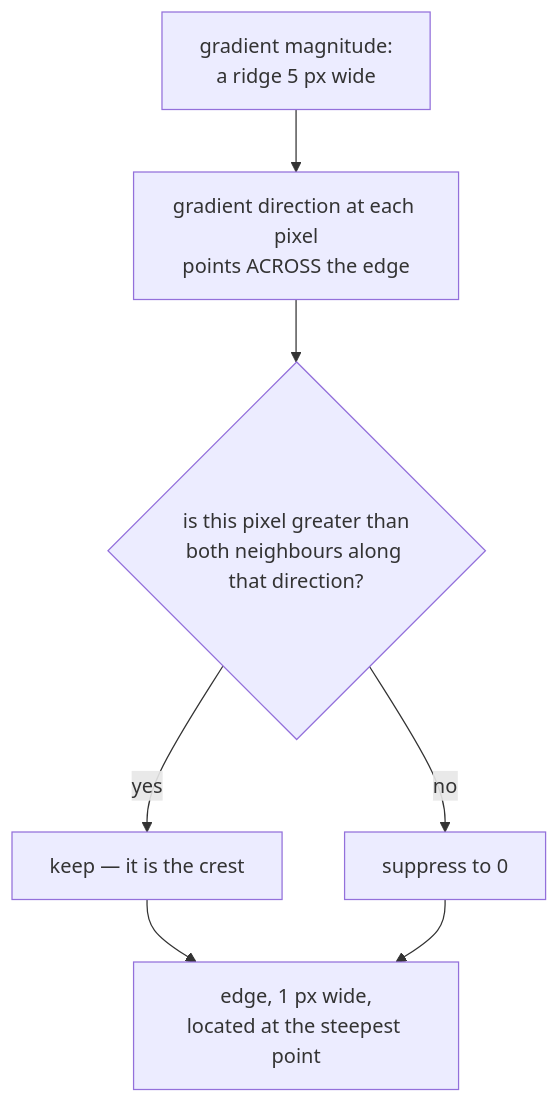
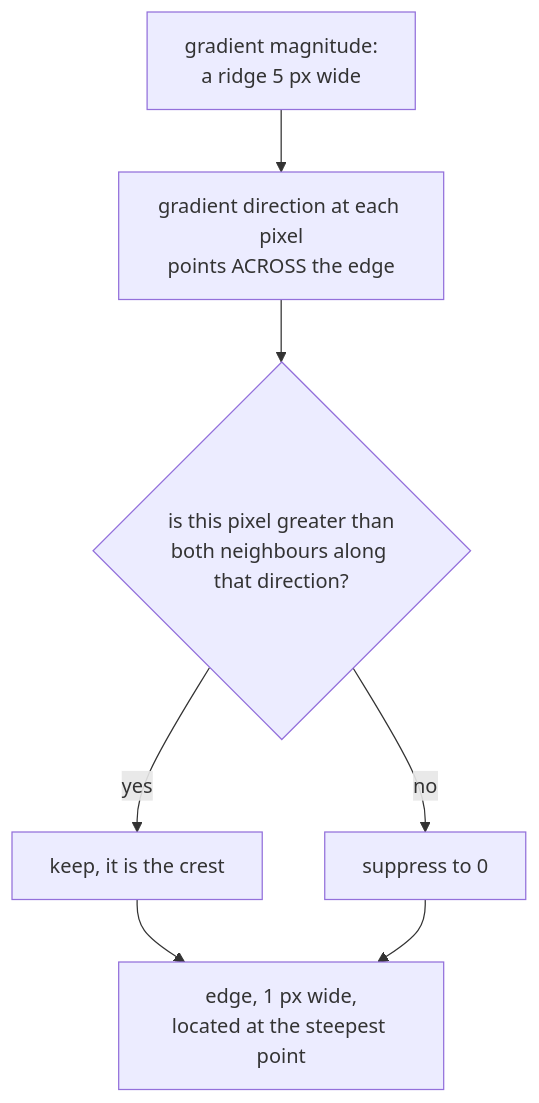
One commit to jennarbates/StratigraphyGenerator changed the diagram in docs/cs/edge-thinning-non-maximum-suppression.md. Above: the diagram before and after it, drawn with Mermaid. The commit also changed other lines of this file and 309 other files, not shown here.

````diff
--- a/docs/cs/edge-thinning-non-maximum-suppression.md
+++ b/docs/cs/edge-thinning-non-maximum-suppression.md
@@ -51,10 +51,10 @@
 ```mermaid
 flowchart TB
   G["gradient magnitude:<br/>a ridge 5 px wide"]
   G --> D["gradient direction at each pixel<br/>points ACROSS the edge"]
   D --> C{"is this pixel greater than<br/>both neighbours along that direction?"}
-  C -->|yes| K["keep — it is the crest"]
+  C -->|yes| K["keep, it is the crest"]
   C -->|no| S["suppress to 0"]
   K --> Out["edge, 1 px wide,<br/>located at the steepest point"]
   S --> Out
 ```
````
